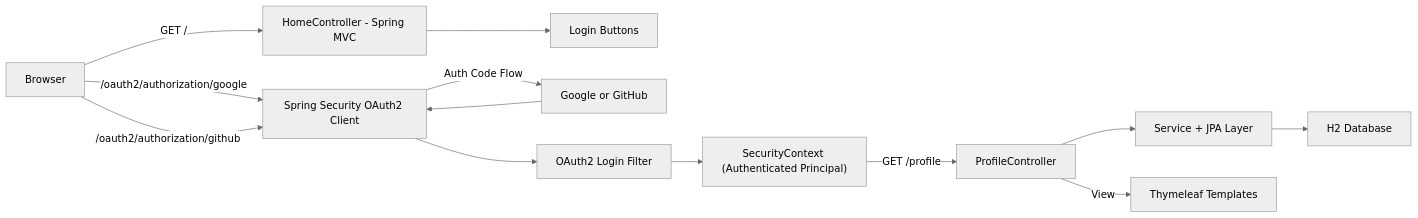
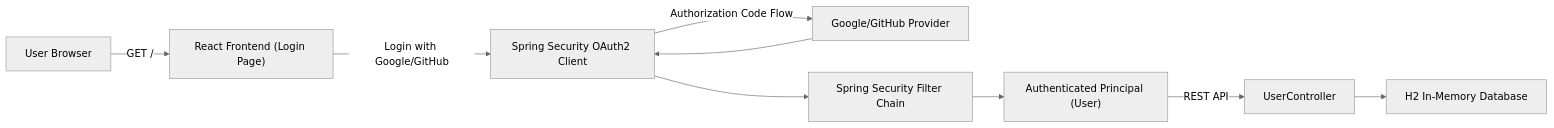
The first of 2 diagrams in README.md (berna-ahito/oauth2-integration), drawn with Mermaid (neutral theme) before and after one commit. The commit also changed other lines of this file, not shown here.

````diff
--- a/README.md
+++ b/README.md
@@ -85,14 +124,10 @@
 ```mermaid
 flowchart LR
-  A[Browser] -->|GET /| B["HomeController - Spring MVC"]
-  B --> C["Login Buttons"]
-  A -->|/oauth2/authorization/google| D["Spring Security OAuth2 Client"]
-  A -->|/oauth2/authorization/github| D
-  D -->|Auth Code Flow| E["Google or GitHub"]
-  E --> D --> F["OAuth2 Login Filter"]
-  F --> G["SecurityContext (Authenticated Principal)"]
-  G -->|GET /profile| H["ProfileController"]
-  H --> I["Service + JPA Layer"]
-  I --> J["H2 Database"]
-  H -->|View| K["Thymeleaf Templates"]
+  A[User Browser] -->|GET /| B["React Frontend (Login Page)"]
+  B -->|Login with Google/GitHub| C["Spring Security OAuth2 Client"]
+  C -->|Authorization Code Flow| D["Google/GitHub Provider"]
+  D --> C --> E["Spring Security Filter Chain"]
+  E --> F["Authenticated Principal (User)"]
+  F -->|REST API| G["UserController"]
+  G --> H["H2 In-Memory Database"]
 ```
````
